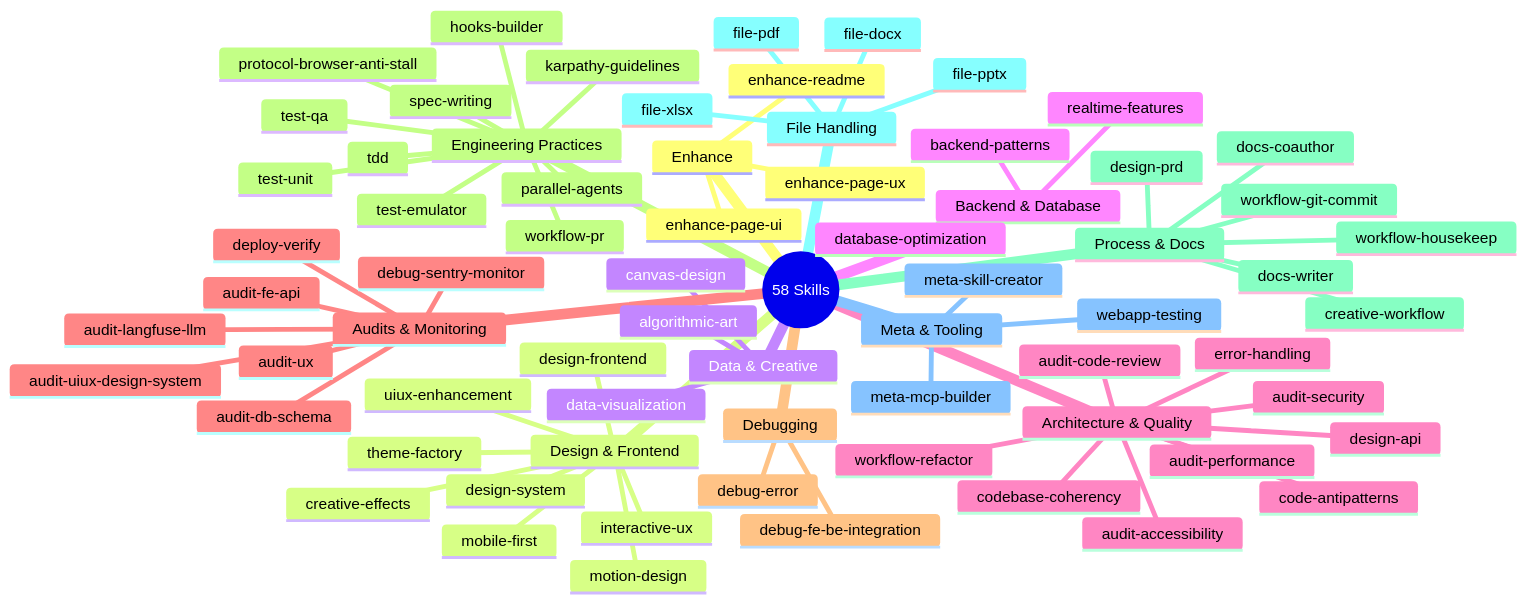
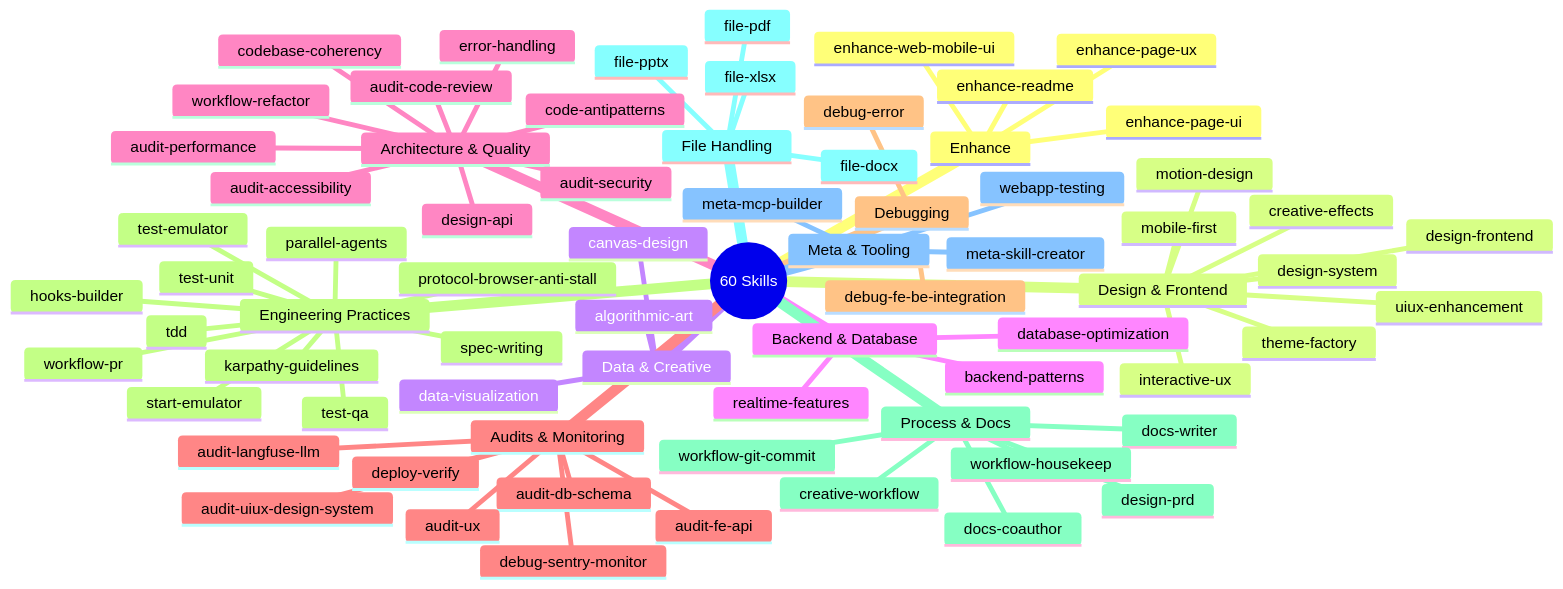
The seventh of 12 diagrams in README.md (kensaurus/cursor-kenji), drawn with Mermaid before and after one commit. The commit also changed other lines of this file and 5 other files, not shown here.

````diff
--- a/README.md
+++ b/README.md
@@ -487,73 +503,75 @@
 ```mermaid
 mindmap
-  root((58 Skills))
+  root((60 Skills))
     Enhance
       enhance-page-ui
       enhance-page-ux
       enhance-readme
+      enhance-web-mobile-ui
     Design & Frontend
       design-frontend
       design-system
       motion-design
       creative-effects
       uiux-enhancement
       interactive-ux
       mobile-first
       theme-factory
     Data & Creative
       data-visualization
       algorithmic-art
       canvas-design
     Backend & Database
       backend-patterns
       database-optimization
       realtime-features
     Architecture & Quality
       design-api
       error-handling
       code-antipatterns
       audit-code-review
       codebase-coherency
       workflow-refactor
       audit-performance
       audit-security
       audit-accessibility
     Audits & Monitoring
       audit-db-schema
       audit-fe-api
       audit-langfuse-llm
       audit-uiux-design-system
       audit-ux
       debug-sentry-monitor
       deploy-verify
     Debugging
       debug-error
       debug-fe-be-integration
     Engineering Practices
       tdd
       spec-writing
       parallel-agents
       hooks-builder
       karpathy-guidelines
       test-unit
       test-qa
       test-emulator
+      start-emulator
       workflow-pr
       protocol-browser-anti-stall
     Process & Docs
       workflow-git-commit
       docs-coauthor
       docs-writer
       design-prd
       creative-workflow
       workflow-housekeep
     File Handling
       file-docx
       file-pdf
       file-pptx
       file-xlsx
     Meta & Tooling
       meta-skill-creator
       meta-mcp-builder
       webapp-testing
 ```
````
